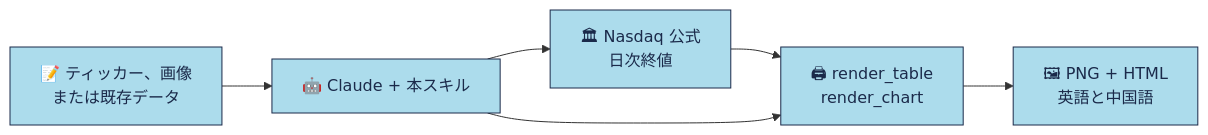
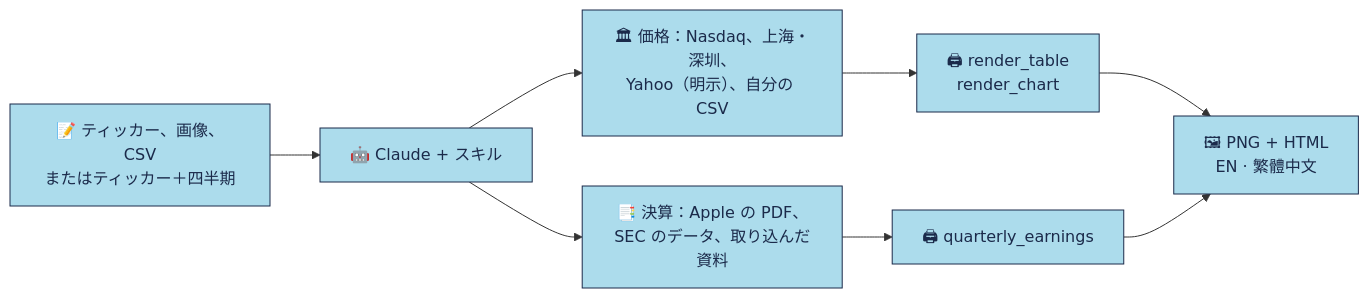
Before and after one commit to imoneys10k/schwab-table: the diagram in README.ja.md, drawn with Mermaid. The commit also changed other lines of this file and 15 other files, not shown here.

````diff
--- a/README.ja.md
+++ b/README.ja.md
@@ -36,10 +39,12 @@
 ```mermaid
 flowchart LR
-  A["📝 ティッカー、画像<br/>または既存データ"] --> B["🤖 Claude + 本スキル"]
-  B --> C["🏛 Nasdaq 公式<br/>日次終値"]
+  A["📝 ティッカー、画像、CSV<br/>またはティッカー＋四半期"] --> B["🤖 Claude + スキル"]
+  B --> C["🏛 価格：Nasdaq、上海・深圳、<br/>Yahoo（明示）、自分の CSV"]
+  B --> F["📑 決算：Apple の PDF、<br/>SEC のデータ、取り込んだ資料"]
   C --> D["🖨 render_table<br/>render_chart"]
-  B --> D
-  D --> E["🖼 PNG + HTML<br/>英語と中国語"]
+  F --> G["🖨 quarterly_earnings"]
+  D --> E["🖼 PNG + HTML<br/>EN · 繁體中文"]
+  G --> E
   classDef n fill:#ACDCEC,stroke:#1B2A4A,color:#1B2A4A,stroke-width:1px;
-  class A,B,C,D,E n;
+  class A,B,C,D,E,F,G n;
 ```
````
